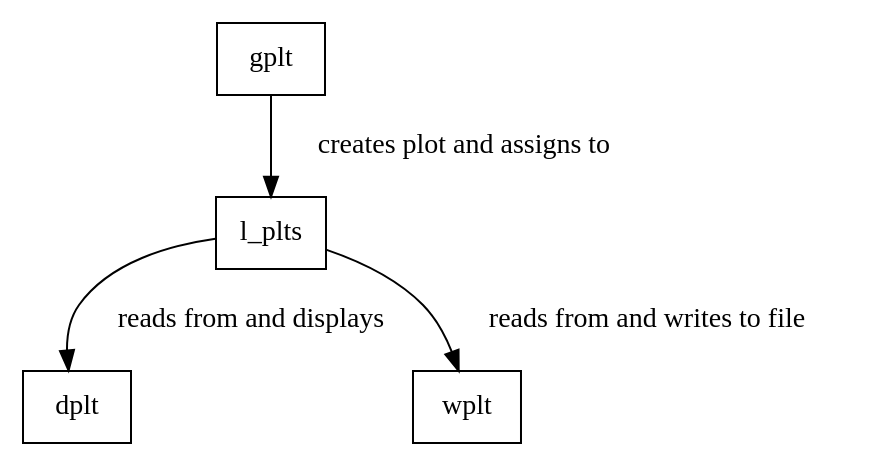
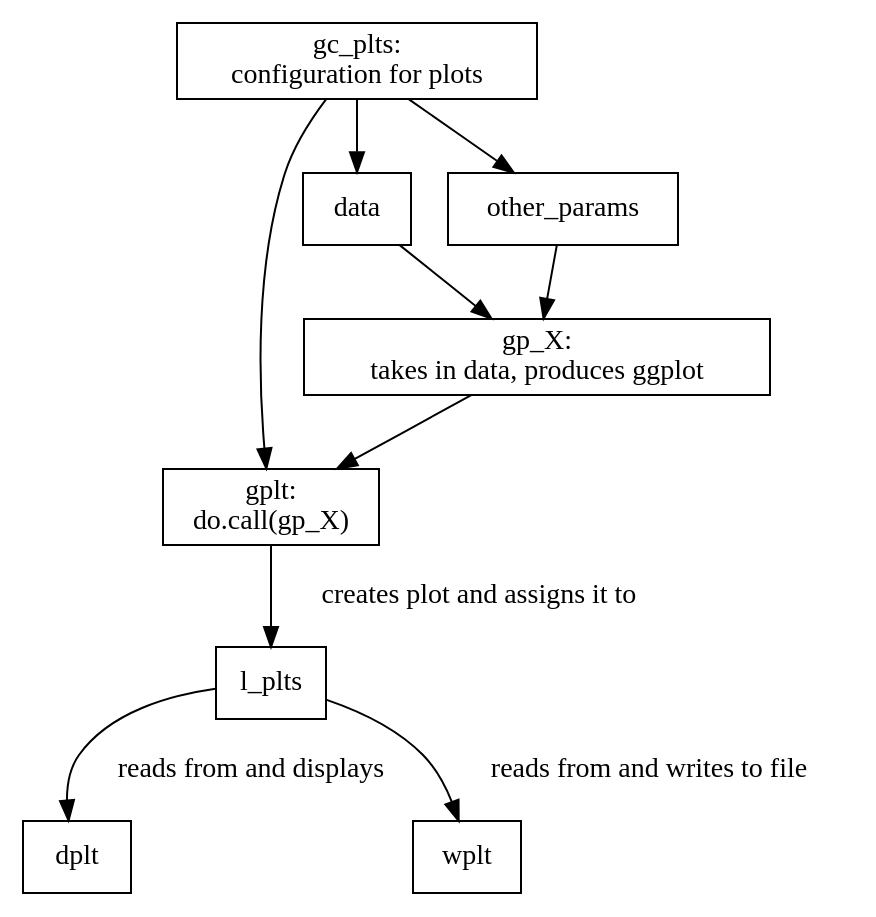
One commit to swhalemwo/jtls changed the diagram in README.org. Above: the diagram before and after it, drawn with Graphviz. The commit also changed other lines of this file and 1 other file, not shown here.

```diff
--- a/README.org
+++ b/README.org
@@ -33,13 +33,24 @@
 #+begin_src dot :file custom-plotting-framework.pdf
 
 digraph D {
   node [shape = "box"]
-  gplt -> l_plts [label = "creates plot and assigns to"]
+  gp_X[label="gp_X: \ntakes in data, produces ggplot"]
+  gc_plts[label="gc_plts:\n configuration for plots"]
+  gplt[label="gplt:\ndo.call(gp_X)"]
+
+  data -> gp_X
+  other_params -> gp_X
+
+  gc_plts -> data
+  gc_plts -> other_params
+  gc_plts -> gplt
+  gp_X -> gplt
+  gplt -> l_plts [label = "creates plot and assigns it to"]
   l_plts -> dplt [label = "reads from and displays"]
   l_plts -> wplt [label = "reads from and writes to file"]
 
 }
 
 
 
 #+end_src
```
